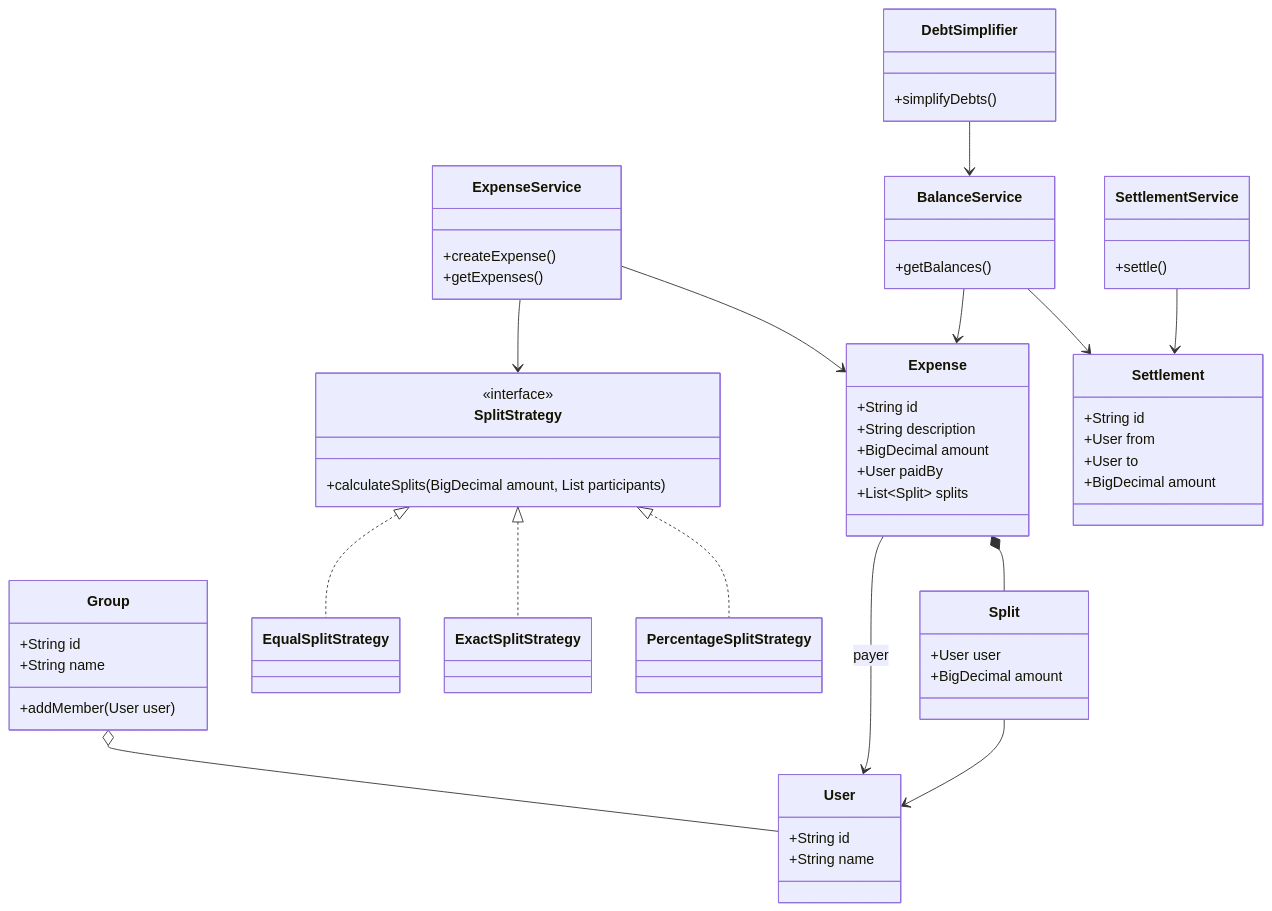
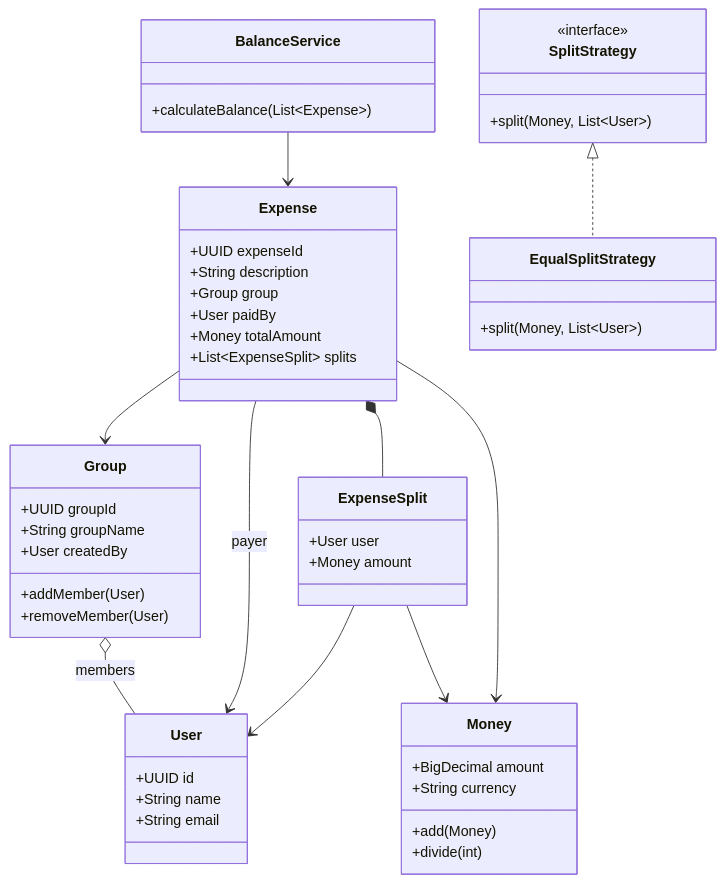
The diagram in design-splitwise-mvp/readme.md (ashim-roy/LLD-DESIGN-PREP), drawn with Mermaid before and after one commit. The commit also changed other lines of this file and 7 other files, not shown here.

````diff
--- a/design-splitwise-mvp/readme.md
+++ b/design-splitwise-mvp/readme.md
@@ -163,73 +71,60 @@
 ```mermaid
 classDiagram
     class User {
-        +String id
+        +UUID id
         +String name
+        +String email
     }
 
     class Group {
-        +String id
-        +String name
-        +addMember(User user)
+        +UUID groupId
+        +String groupName
+        +User createdBy
+        +addMember(User)
+        +removeMember(User)
+    }
+
+    class Money {
+        +BigDecimal amount
+        +String currency
+        +add(Money)
+        +divide(int)
     }
 
     class Expense {
-        +String id
+        +UUID expenseId
         +String description
-        +BigDecimal amount
+        +Group group
         +User paidBy
-        +List~Split~ splits
+        +Money totalAmount
+        +List~ExpenseSplit~ splits
     }
 
-    class Split {
+    class ExpenseSplit {
         +User user
-        +BigDecimal amount
+        +Money amount
     }
 
     class SplitStrategy {
         <<interface>>
-        +calculateSplits(BigDecimal amount, List participants)
+        +split(Money, List~User~)
     }
 
-    class EqualSplitStrategy
-    class ExactSplitStrategy
-    class PercentageSplitStrategy
-
-    class ExpenseService {
-        +createExpense()
-        +getExpenses()
+    class EqualSplitStrategy {
+        +split(Money, List~User~)
     }
 
     class BalanceService {
-        +getBalances()
+        +calculateBalance(List~Expense~)
     }
 
-    class Settlement {
-        +String id
-        +User from
-        +User to
-        +BigDecimal amount
-    }
-
-    class SettlementService {
-        +settle()
-    }
-
-    class DebtSimplifier {
-        +simplifyDebts()
-    }
-
-    Group o-- User
+    Group o-- User : members
+    Expense --> Group
     Expense --> User : payer
-    Expense *-- Split
-    Split --> User
+    Expense *-- ExpenseSplit
+    ExpenseSplit --> User
+    ExpenseSplit --> Money
+    Expense --> Money
     SplitStrategy <|.. EqualSplitStrategy
-    SplitStrategy <|.. ExactSplitStrategy
-    SplitStrategy <|.. PercentageSplitStrategy
-    ExpenseService --> SplitStrategy
-    ExpenseService --> Expense
     BalanceService --> Expense
-    BalanceService --> Settlement
-    SettlementService --> Settlement
-    DebtSimplifier --> BalanceService
 ```
````
